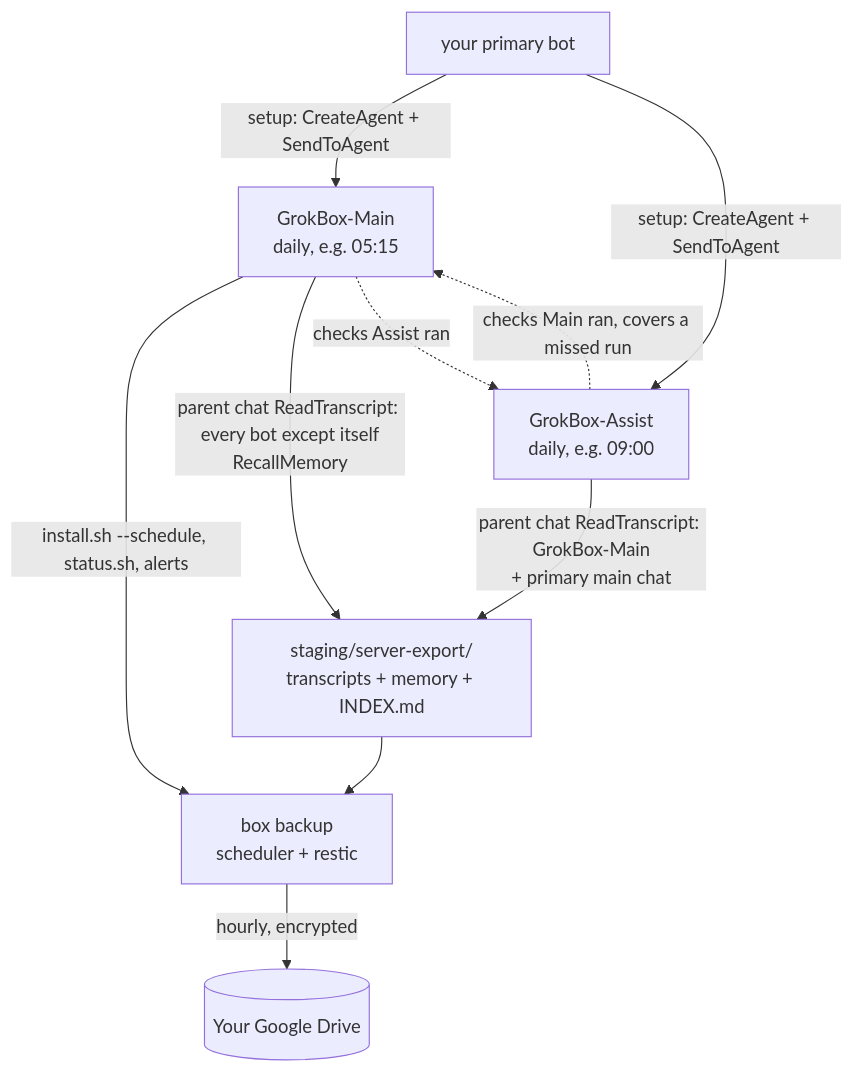
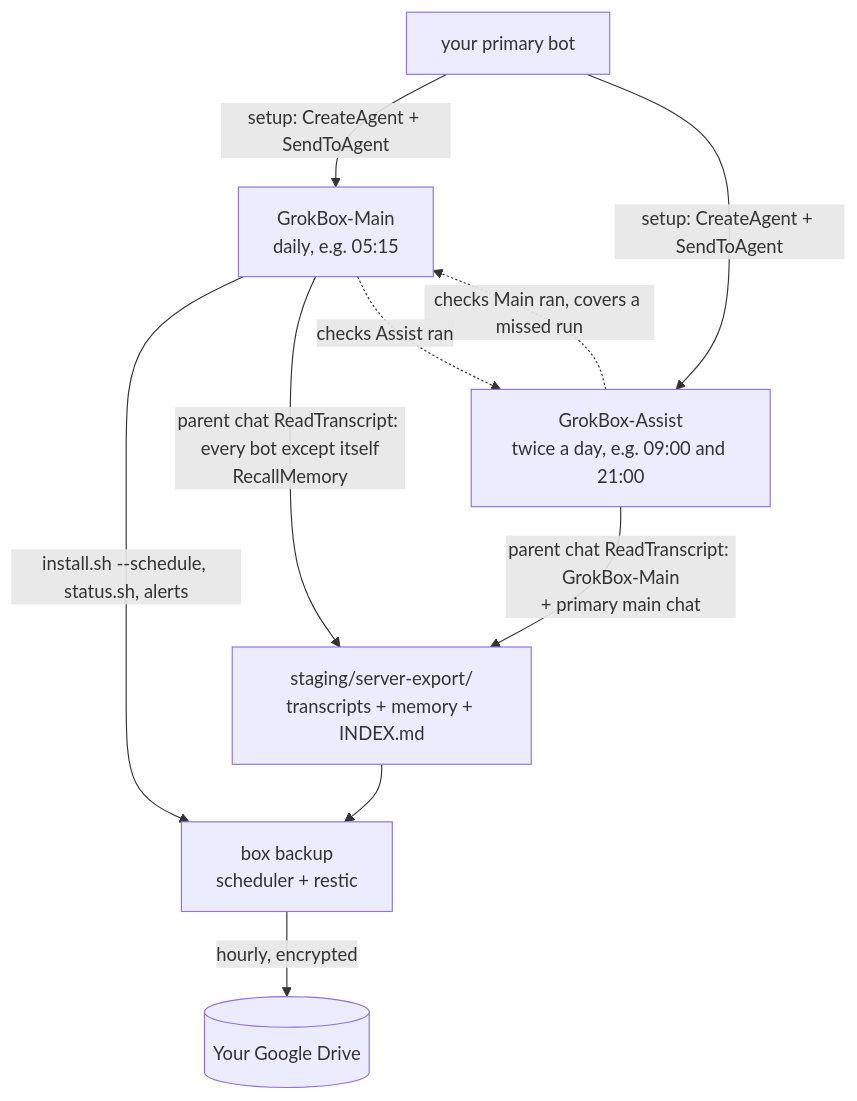
One commit to dorukardahan/grokbox changed the second of 2 diagrams in README.md. Above: the diagram before and after it, drawn with Mermaid. The commit also changed 4 other files, not shown here.

First line of the commit message:
Docs: run GrokBox-Assist twice a day

````diff
--- a/README.md
+++ b/README.md
@@ -79,11 +79,11 @@
 ```mermaid
 flowchart TB
   P[your primary bot] -->|setup: CreateAgent + SendToAgent| M & A
   M[GrokBox-Main<br/>daily, e.g. 05:15] -->|install.sh --schedule, status.sh, alerts| BOX[box backup<br/>scheduler + restic]
   M -->|parent chat ReadTranscript: every bot except itself<br/>RecallMemory| X[staging/server-export/<br/>transcripts + memory + INDEX.md]
-  A[GrokBox-Assist<br/>daily, e.g. 09:00] -->|parent chat ReadTranscript: GrokBox-Main<br/>+ primary main chat| X
+  A[GrokBox-Assist<br/>twice a day, e.g. 09:00 and 21:00] -->|parent chat ReadTranscript: GrokBox-Main<br/>+ primary main chat| X
   A -.checks Main ran, covers a missed run.-> M
   M -.checks Assist ran.-> A
   X --> BOX
   BOX -->|hourly, encrypted| D[(Your Google Drive)]
 ```
````
